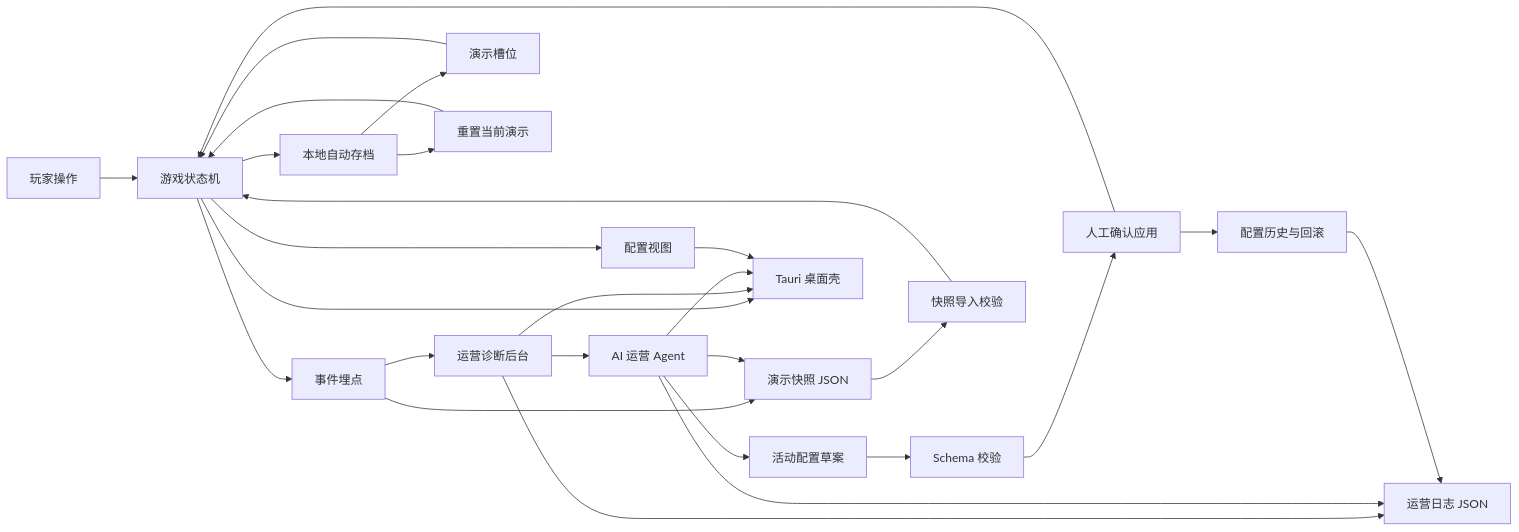
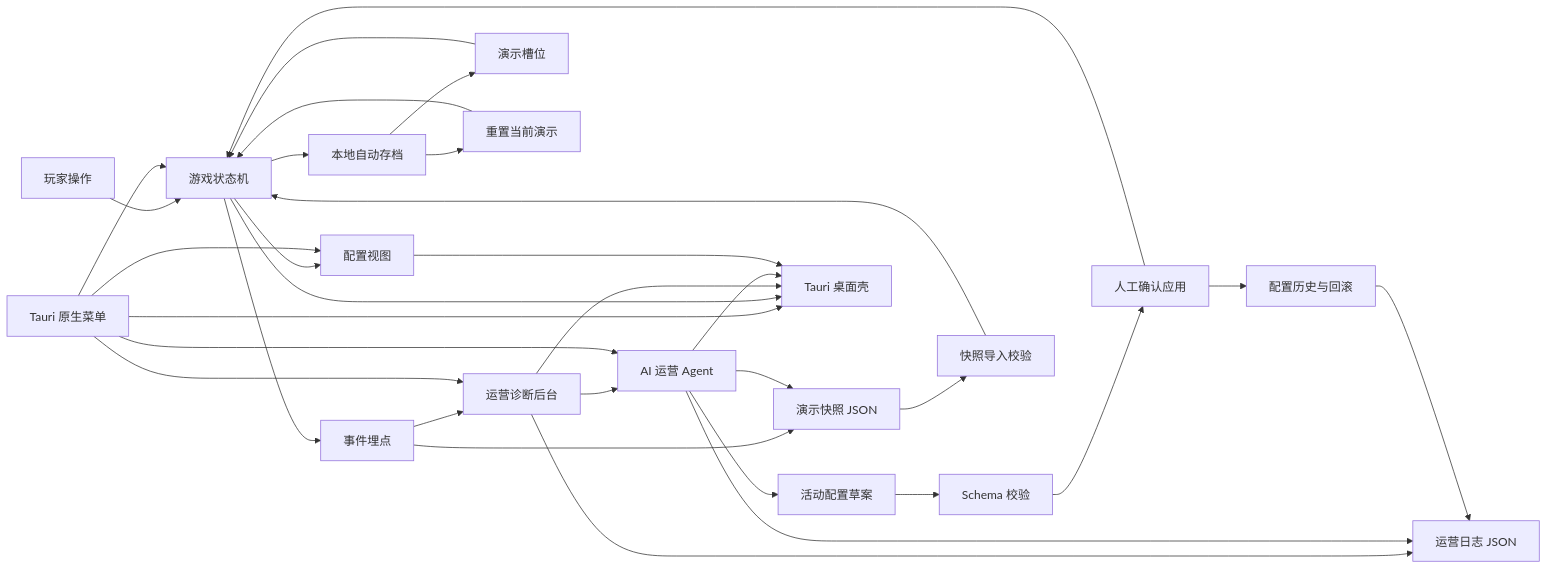
One commit to Ey1afjalla/second-game changed the diagram in docs/Architecture.md. Above: the diagram before and after it, drawn with Mermaid. The commit also changed other lines of this file and 10 other files, not shown here.

````diff
--- a/docs/Architecture.md
+++ b/docs/Architecture.md
@@ -7,29 +7,34 @@
 ```mermaid
 flowchart LR
   Player["玩家操作"] --> Game["游戏状态机"]
   Game --> Events["事件埋点"]
   Events --> Ops["运营诊断后台"]
   Ops --> Agent["AI 运营 Agent"]
   Game --> Config["配置视图"]
   Agent --> Draft["活动配置草案"]
   Draft --> Validate["Schema 校验"]
   Validate --> Apply["人工确认应用"]
   Apply --> Game
   Apply --> History["配置历史与回滚"]
   Game --> LocalSave["本地自动存档"]
   LocalSave --> Slots["演示槽位"]
   Slots --> Game
   LocalSave --> Reset["重置当前演示"]
   Reset --> Game
   Events --> Snapshot["演示快照 JSON"]
   Agent --> Snapshot
   Ops --> OpsLog["运营日志 JSON"]
   Agent --> OpsLog
   History --> OpsLog
   Snapshot --> Import["快照导入校验"]
   Import --> Game
+  TauriMenu["Tauri 原生菜单"] --> Tauri["Tauri 桌面壳"]
+  TauriMenu --> Game
+  TauriMenu --> Ops
+  TauriMenu --> Agent
+  TauriMenu --> Config
   Game --> Tauri["Tauri 桌面壳"]
   Ops --> Tauri
   Agent --> Tauri
   Config --> Tauri
 ```
````
